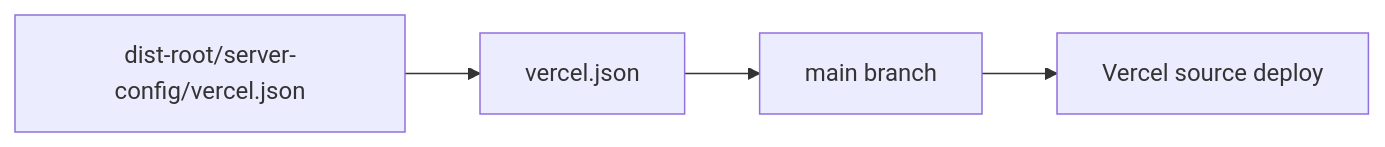
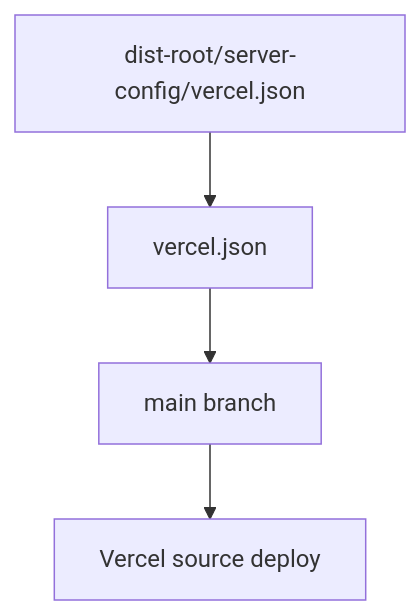
Before and after one commit to Nexthood/useclevr-production-2026: the diagram in docs/Developer_Guides/VERCEL_DEPLOYMENT.md, drawn with Mermaid. The commit also changed 13 other files, not shown here.

````diff
--- a/docs/Developer_Guides/VERCEL_DEPLOYMENT.md
+++ b/docs/Developer_Guides/VERCEL_DEPLOYMENT.md
@@ -14,6 +14,6 @@
 ```mermaid
-flowchart LR
+flowchart TD
   Template[dist-root/server-config/vercel.json] --> Root[vercel.json]
   Root --> Main[main branch]
   Main --> Vercel[Vercel source deploy]
 ```
````
